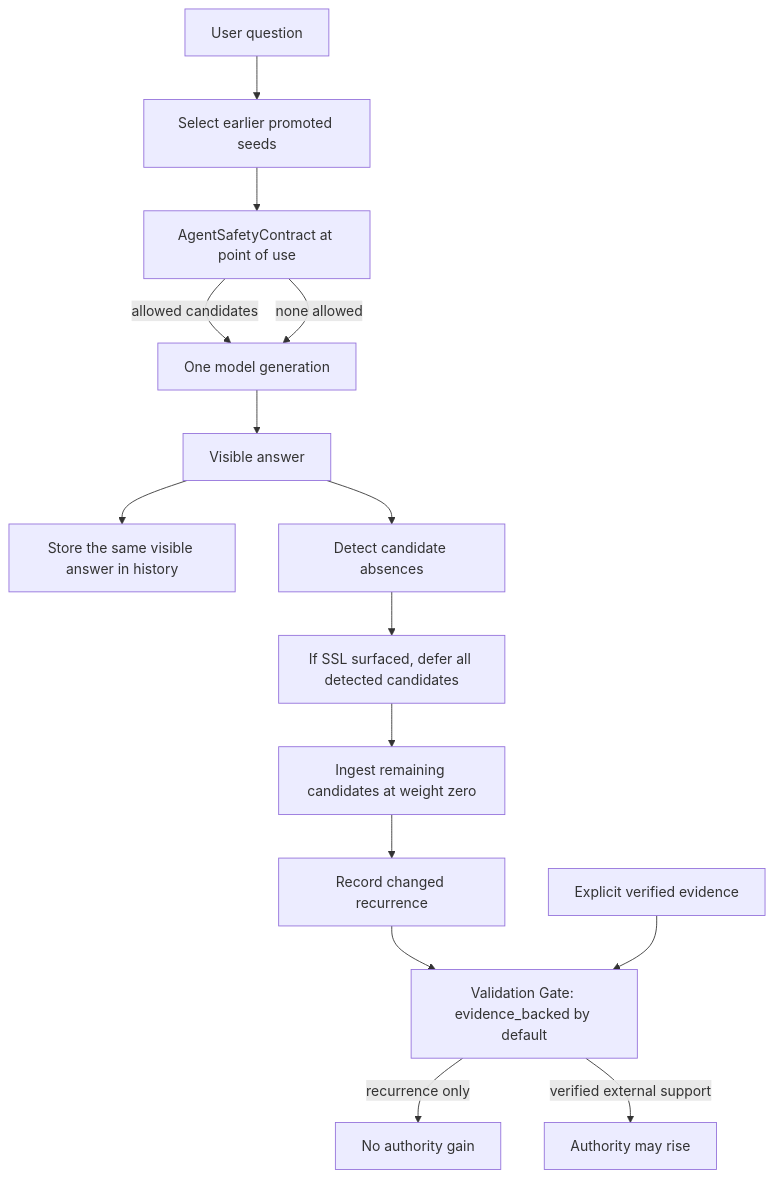
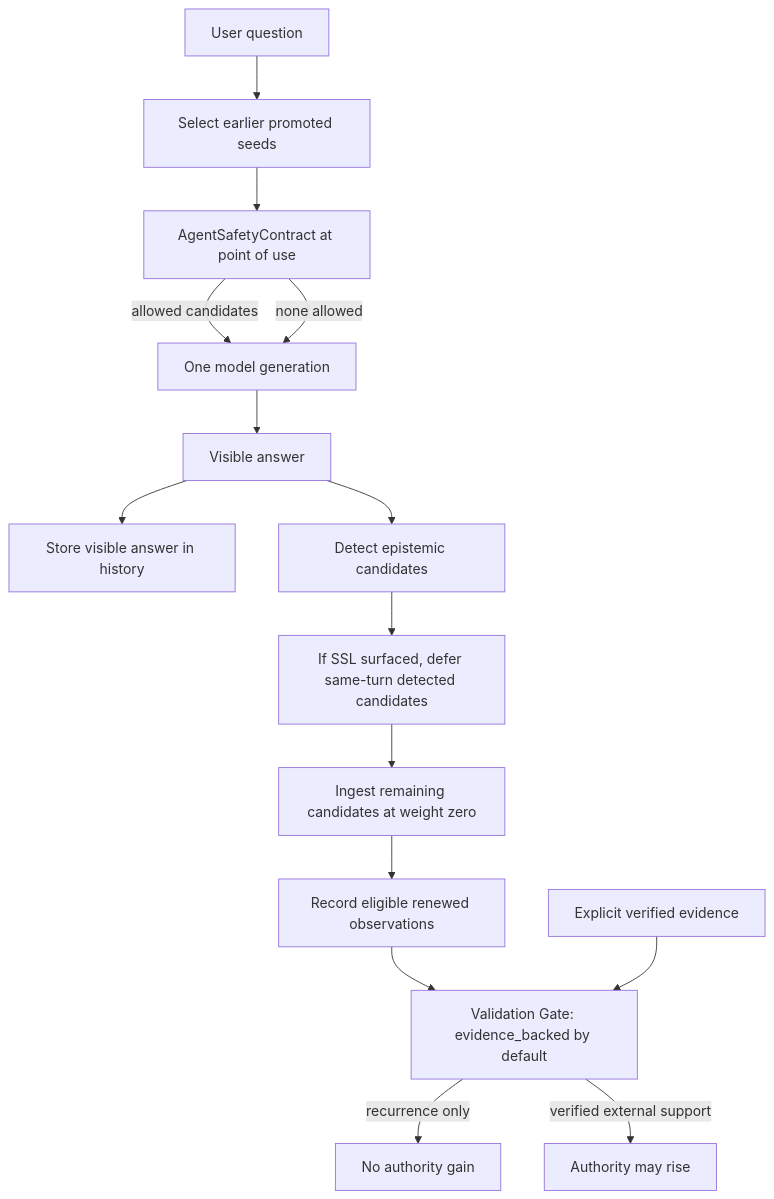
One commit to E-AI-MODEL/shadowseed-pro changed the second of 2 diagrams in README.md. Above: the diagram before and after it, drawn with Mermaid. The commit also changed other lines of this file, not shown here.

````diff
--- a/README.md
+++ b/README.md
@@ -239,17 +221,17 @@
 ```mermaid
 flowchart TD
     Q[User question] --> U[Select earlier promoted seeds]
     U --> A[AgentSafetyContract at point of use]
     A -->|allowed candidates| M[One model generation]
     A -->|none allowed| M
     M --> V[Visible answer]
-    V --> H[Store the same visible answer in history]
-    V --> D[Detect candidate absences]
-    D --> X[If SSL surfaced, defer all detected candidates]
+    V --> H[Store visible answer in history]
+    V --> D[Detect epistemic candidates]
+    D --> X[If SSL surfaced, defer same-turn detected candidates]
     X --> N[Ingest remaining candidates at weight zero]
-    N --> R[Record changed recurrence]
+    N --> R[Record eligible renewed observations]
     R --> G[Validation Gate: evidence_backed by default]
     E[Explicit verified evidence] --> G
     G -->|recurrence only| B[No authority gain]
     G -->|verified external support| P[Authority may rise]
 ```
````
